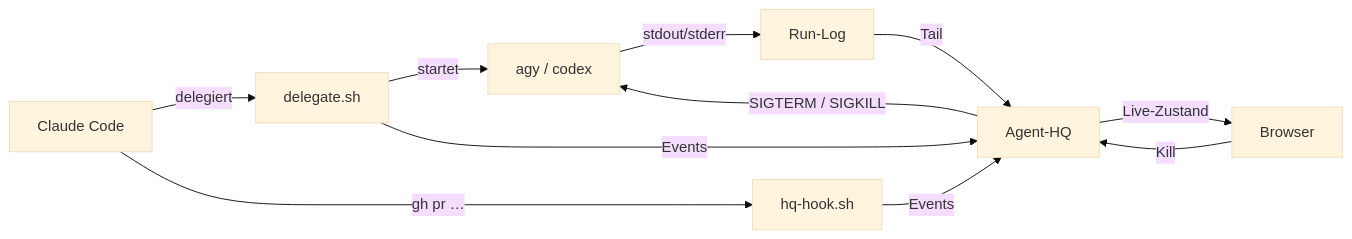
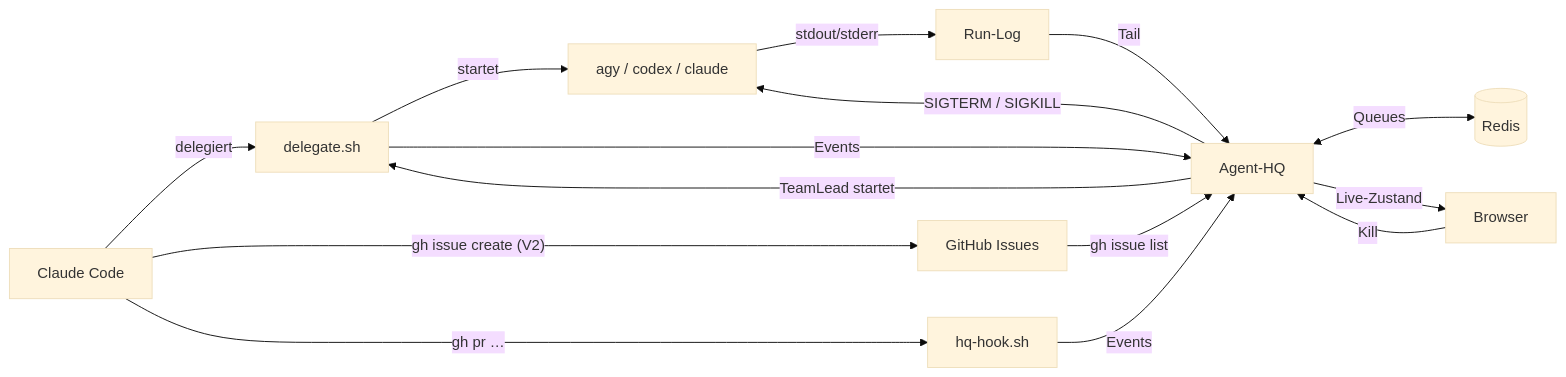
One commit to tihofman/agent-hq changed the first of 3 diagrams in docs/arc42/architecture.md. Above: the diagram before and after it, drawn with Mermaid (base theme). The commit also changed other lines of this file and 3 other files, not shown here.

First line of the commit message:
docs(#93): add ADR 0006 and update arc42 for V2 queue architecture

````diff
--- a/docs/arc42/architecture.md
+++ b/docs/arc42/architecture.md
@@ -48,13 +55,17 @@
 ```mermaid
 flowchart LR
     CL["Claude Code"] -->|delegiert| DEL["delegate.sh"]
+    CL -->|"gh issue create (V2)"| GH["GitHub Issues"]
+    GH -->|"gh issue list"| HQ
+    HQ <-->|Queues| R[("Redis")]
+    HQ -->|"TeamLead startet"| DEL
     CL -->|gh pr …| HOOK["hq-hook.sh"]
-    DEL -->|startet| W["agy / codex"]
+    DEL -->|startet| W["agy / codex / claude"]
     W -->|stdout/stderr| LOG["Run-Log"]
     DEL -->|Events| HQ["Agent-HQ"]
     HOOK -->|Events| HQ
     LOG -->|Tail| HQ
     HQ -->|Live-Zustand| B["Browser"]
     B -->|Kill| HQ
     HQ -->|SIGTERM / SIGKILL| W
 ```
````
